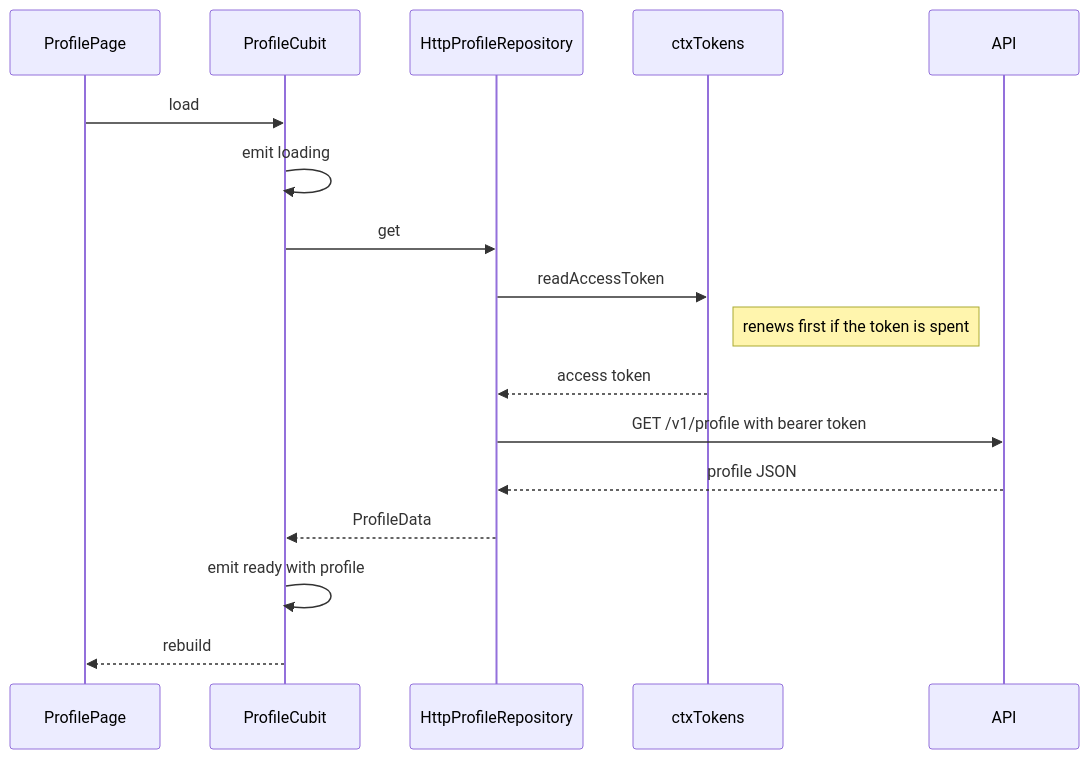
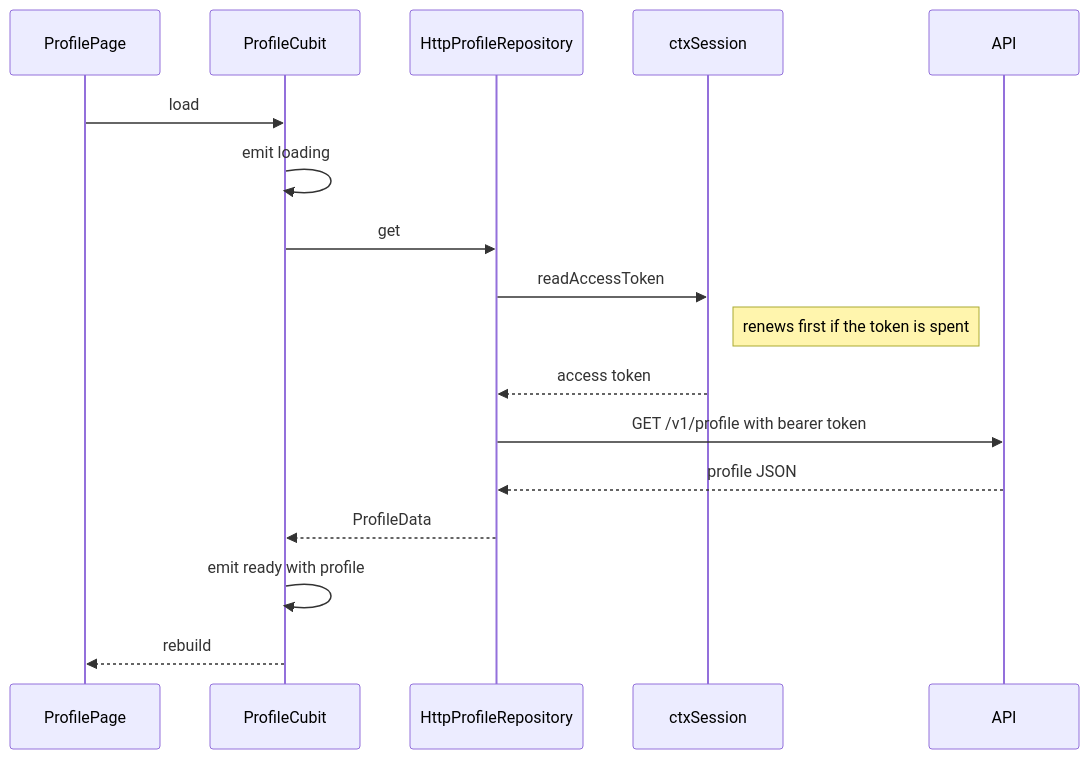
One commit to gbrandtio/ctx.0 changed the seventh of 7 diagrams in docs/architecture/mobile-app.md. Above: the diagram before and after it, drawn with Mermaid. The commit also changed other lines of this file and 70 other files, not shown here.

Commit message:
Fixing architecture, updating documentation, fixing naming conventions

````diff
--- a/docs/architecture/mobile-app.md
+++ b/docs/architecture/mobile-app.md
@@ -368,20 +441,20 @@
 ```mermaid
 sequenceDiagram
     participant V as ProfilePage
     participant C as ProfileCubit
     participant R as HttpProfileRepository
-    participant T as ctxTokens
+    participant T as ctxSession
     participant A as API
 
     V->>C: load
     C->>C: emit loading
     C->>R: get
     R->>T: readAccessToken
     Note right of T: renews first if the token is spent
     T-->>R: access token
     R->>A: GET /v1/profile with bearer token
     A-->>R: profile JSON
     R-->>C: ProfileData
     C->>C: emit ready with profile
     C-->>V: rebuild
 ```
````
